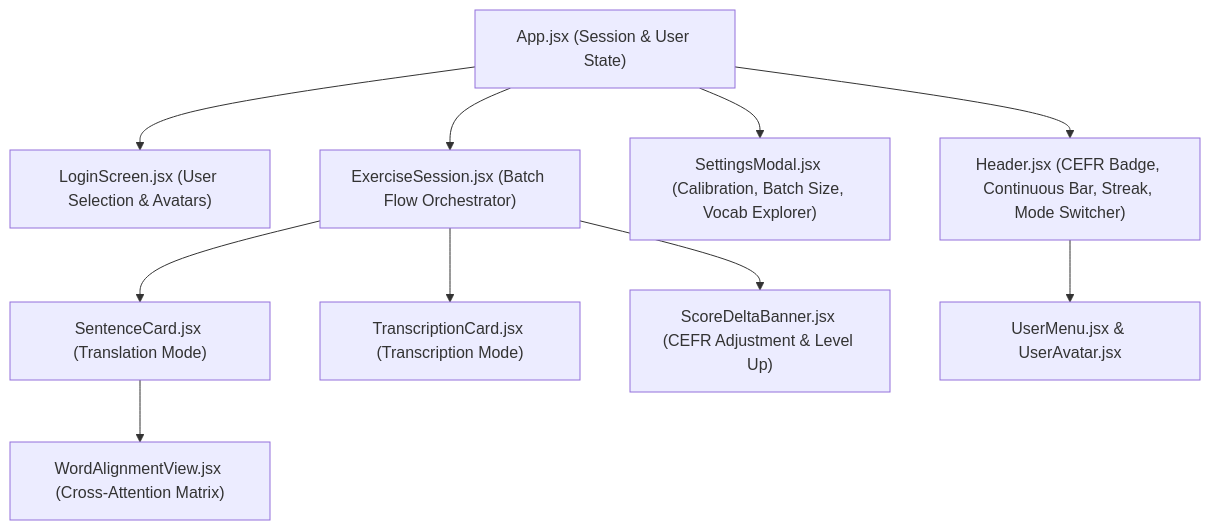
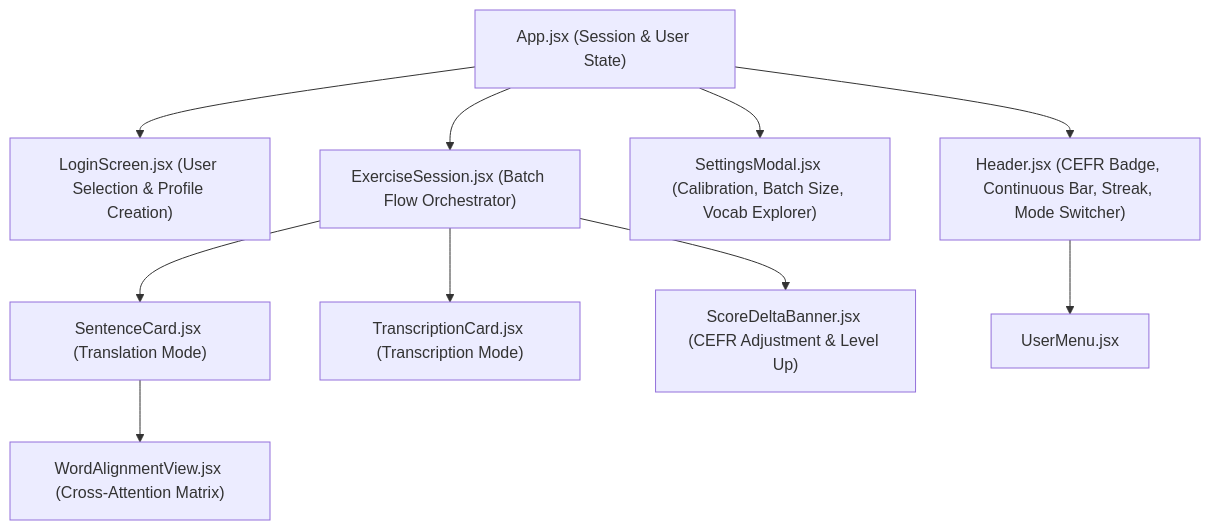
Before and after one commit to eyengabompongo8/deep-tutor: the diagram in docs/Frontend.md, drawn with Mermaid. The commit also changed other lines of this file and 19 other files, not shown here.

````diff
--- a/docs/Frontend.md
+++ b/docs/Frontend.md
@@ -5,15 +5,15 @@
 ```mermaid
 graph TD
     App["App.jsx (Session & User State)"]
-    App --> Login["LoginScreen.jsx (User Selection & Avatars)"]
+    App --> Login["LoginScreen.jsx (User Selection & Profile Creation)"]
     App --> Header["Header.jsx (CEFR Badge, Continuous Bar, Streak, Mode Switcher)"]
     App --> Settings["SettingsModal.jsx (Calibration, Batch Size, Vocab Explorer)"]
     App --> Session["ExerciseSession.jsx (Batch Flow Orchestrator)"]
     
     Session --> SC["SentenceCard.jsx (Translation Mode)"]
     Session --> TC["TranscriptionCard.jsx (Transcription Mode)"]
     Session --> Banner["ScoreDeltaBanner.jsx (CEFR Adjustment & Level Up)"]
     
     SC --> WAV["WordAlignmentView.jsx (Cross-Attention Matrix)"]
-    Header --> Menu["UserMenu.jsx & UserAvatar.jsx"]
+    Header --> Menu["UserMenu.jsx"]
 ```
````
